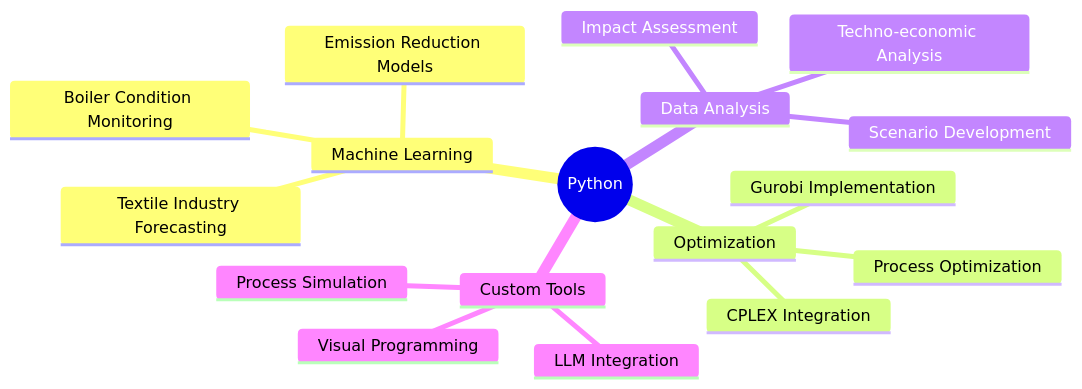
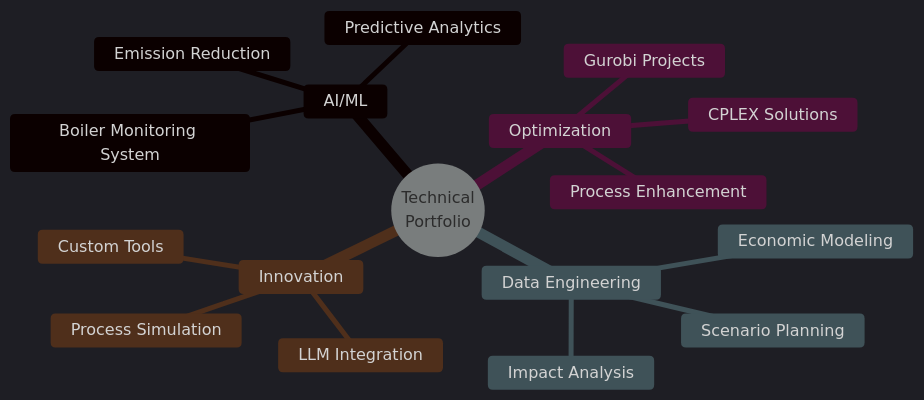
Before and after one commit to m-ahmed-elbeskeri/m-ahmed-elbeskeri: the diagram in README.md, drawn with Mermaid. The commit also changed other lines of this file, not shown here.

````diff
--- a/README.md
+++ b/README.md
@@ -73,20 +70,21 @@
 ```mermaid
+%%{init: {'theme': 'dark', 'themeVariables': { 'primaryColor': '#1A1B27', 'primaryTextColor': '#70A4FC', 'primaryBorderColor': '#434968', 'lineColor': '#70A4FC', 'textColor': '#A9B1D6'}}}%%
 mindmap
-  root((Python))
-    Machine Learning
-      Boiler Condition Monitoring
-      Textile Industry Forecasting
-      Emission Reduction Models
+  root((Technical<br/>Portfolio))
+    AI/ML
+      Boiler Monitoring System
+      Predictive Analytics
+      Emission Reduction
     Optimization
-      CPLEX Integration
-      Gurobi Implementation
-      Process Optimization
-    Data Analysis
-      Scenario Development
-      Impact Assessment
-      Techno-economic Analysis
-    Custom Tools
-      Visual Programming
+      CPLEX Solutions
+      Gurobi Projects
+      Process Enhancement
+    Data Engineering
+      Impact Analysis
+      Scenario Planning
+      Economic Modeling
+    Innovation
+      Custom Tools
       LLM Integration
       Process Simulation
 ```
````
